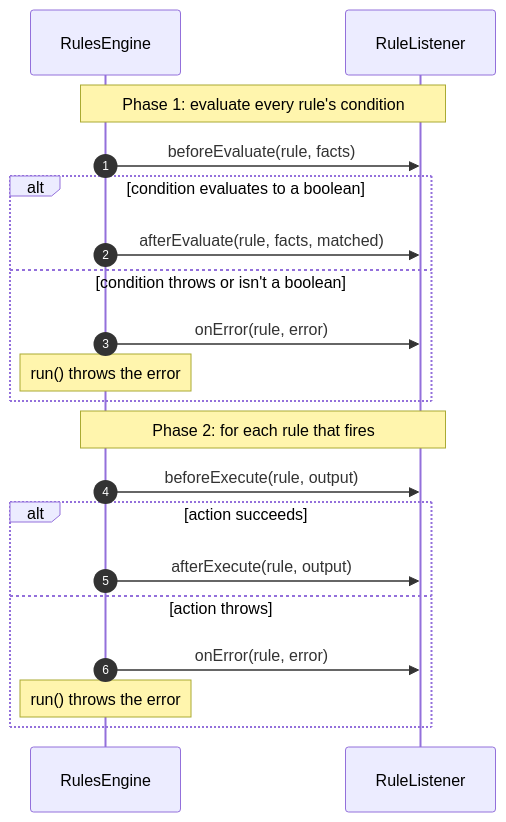
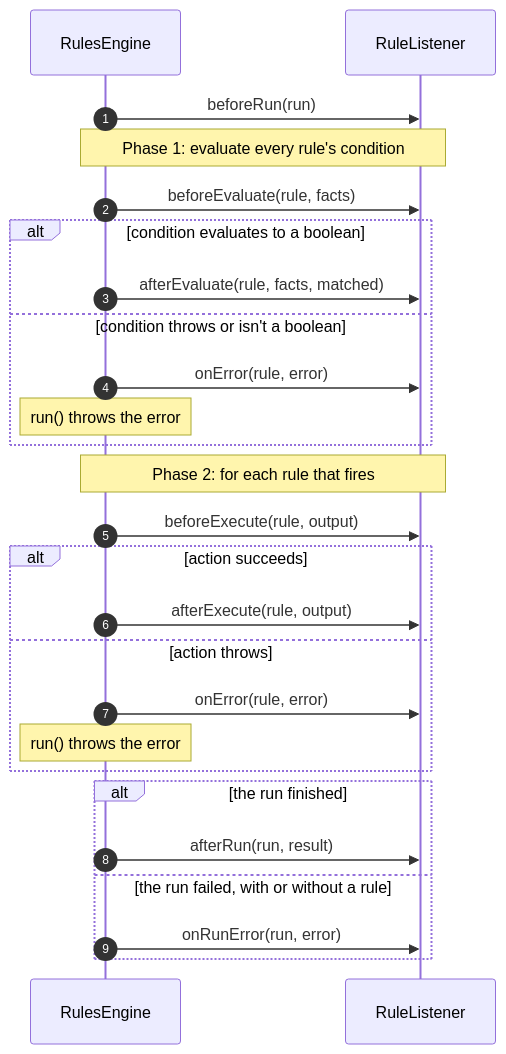
Before and after one commit to brantunger/unruly-engine: the diagram in docs/listeners-and-logging.md, drawn with Mermaid. The commit also changed other lines of this file and 24 other files, not shown here.

````diff
--- a/docs/listeners-and-logging.md
+++ b/docs/listeners-and-logging.md
@@ -28,22 +31,28 @@
 ```mermaid
 sequenceDiagram
     autonumber
     participant E as RulesEngine
     participant L as RuleListener
+    E->>L: beforeRun(run)
     Note over E,L: Phase 1: evaluate every rule's condition
     E->>L: beforeEvaluate(rule, facts)
     alt condition evaluates to a boolean
         E->>L: afterEvaluate(rule, facts, matched)
     else condition throws or isn't a boolean
         E->>L: onError(rule, error)
         Note over E: run() throws the error
     end
     Note over E,L: Phase 2: for each rule that fires
     E->>L: beforeExecute(rule, output)
     alt action succeeds
         E->>L: afterExecute(rule, output)
     else action throws
         E->>L: onError(rule, error)
         Note over E: run() throws the error
     end
+    alt the run finished
+        E->>L: afterRun(run, result)
+    else the run failed, with or without a rule
+        E->>L: onRunError(run, error)
+    end
 ```
````
